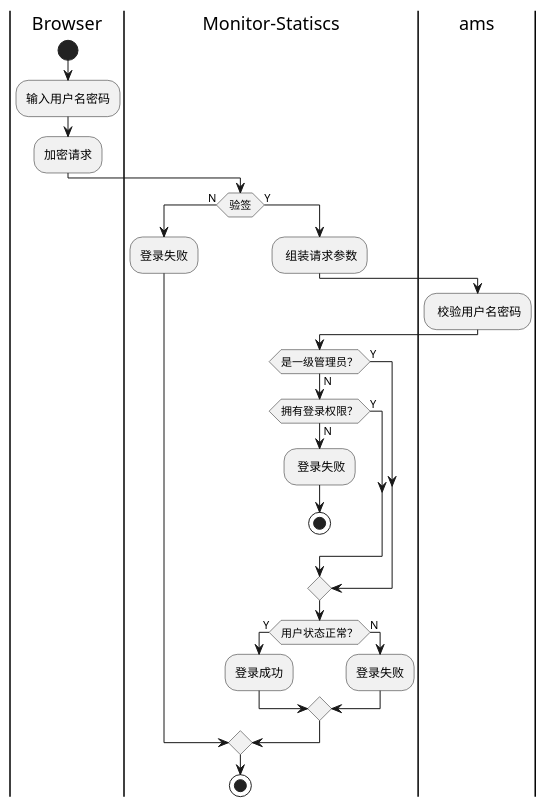
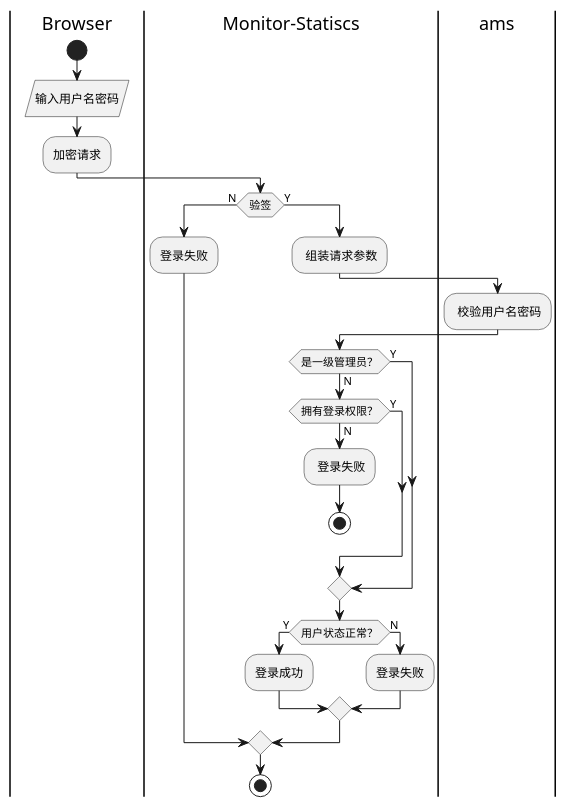
One commit to shineguo1/springDemo changed the diagram in src/main/resources/uml/monitor/swim/登录.puml. Above: the diagram before and after it, drawn with PlantUML. The commit also changed 13 other files, not shown here.

Commit message:
uml图

```diff
--- a/src/main/resources/uml/monitor/swim/登录.puml
+++ b/src/main/resources/uml/monitor/swim/登录.puml
@@ -2,30 +2,34 @@
 @startuml
 |Browser|
 start
-:输入用户名密码;
+:输入用户名密码/
 :加密请求;
 |Monitor-Statiscs|
 if (验签) then (N)
     :登录失败;
 else (Y)
     |Monitor-Statiscs|
     : 组装请求参数;
     |ams|
     : 校验用户名密码;
     |Monitor-Statiscs|
     if (是一级管理员？) then (Y)
     else (N)
         if (拥有登录权限？) then (Y)
         else (N)
             : 登录失败;
             stop
         endif
     endif
     if (用户状态正常？) then (Y)
         :登录成功;
     else (N)
         :登录失败;
     endif
 endif
 stop;
+
+'输入：用户名、密码
+'输出：登录成功/失败。
+'描述：监控平台用户登录。正常状态的ams一级管理员或在监控平台内加过权限的ams用户可以访问监控平台。
 @enduml
```
